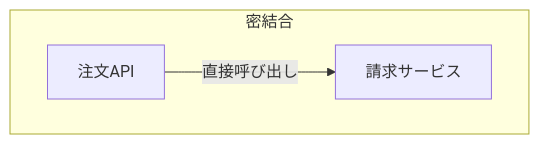
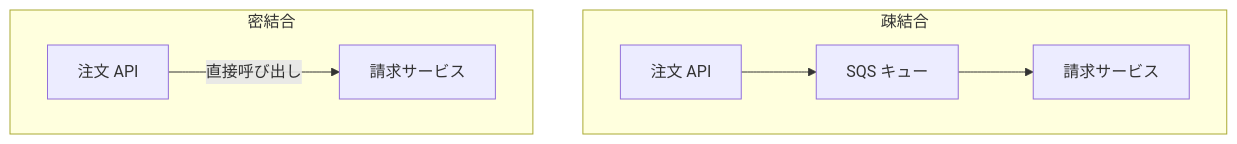
One commit to myoshi2891/Cloud-Infrastructure-and-Network-Studies changed the fifth of 31 diagrams in Dva-c02-domain1-development-with-aws-services-guide.md. Above: the diagram before and after it, drawn with Mermaid. The commit also changed other lines of this file, not shown here.

````diff
--- a/Dva-c02-domain1-development-with-aws-services-guide.md
+++ b/Dva-c02-domain1-development-with-aws-services-guide.md
@@ -247,7 +267,13 @@
 ```mermaid
 flowchart LR
-    subgraph T["密結合"]
+    subgraph TIGHT["密結合"]
         direction LR
-        TA["注文API"] -->|"直接呼び出し"| TB["請求サービス"]
+        A1["注文 API"] -->|"直接呼び出し"| B1["請求サービス"]
     end
+    subgraph LOOSE["疎結合"]
+        direction LR
+        A2["注文 API"] --> Q["SQS キュー"]
+        Q --> B2["請求サービス"]
+    end
+    TIGHT ~~~ LOOSE
 ```
````
